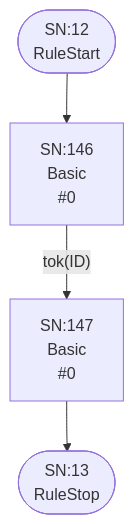
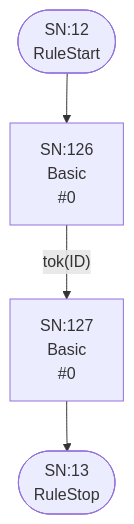
The seventh of 25 diagrams in internal/grammar/atn.md (TypeFox/fastbelt), drawn with Mermaid before and after one commit. The commit also changed other lines of this file and 5 other files, not shown here.

````diff
--- a/internal/grammar/atn.md
+++ b/internal/grammar/atn.md
@@ -202,11 +209,11 @@
 ```mermaid
 flowchart TD
     q12(["SN:12<br/>RuleStart"])
     q13(["SN:13<br/>RuleStop"])
-    q146["SN:146<br/>Basic<br/> #0"]
-    q147["SN:147<br/>Basic<br/> #0"]
+    q126["SN:126<br/>Basic<br/> #0"]
+    q127["SN:127<br/>Basic<br/> #0"]
 
-    q12 --> q146
-    q146 -->|"tok(ID)"| q147
-    q147 --> q13
+    q12 --> q126
+    q126 -->|"tok(ID)"| q127
+    q127 --> q13
 ```
````
